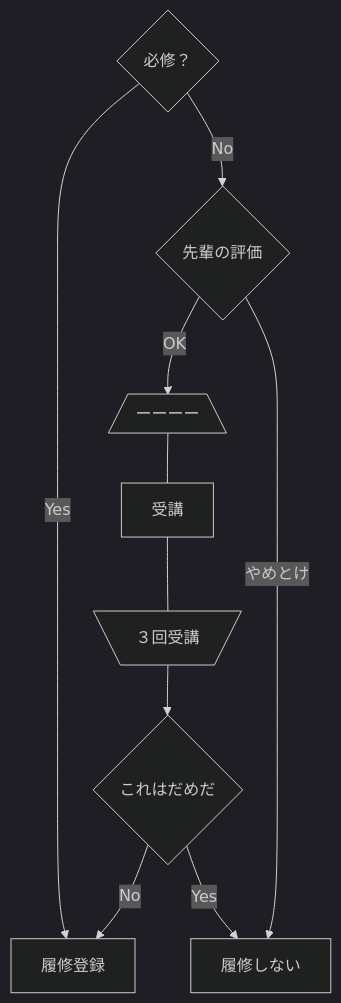
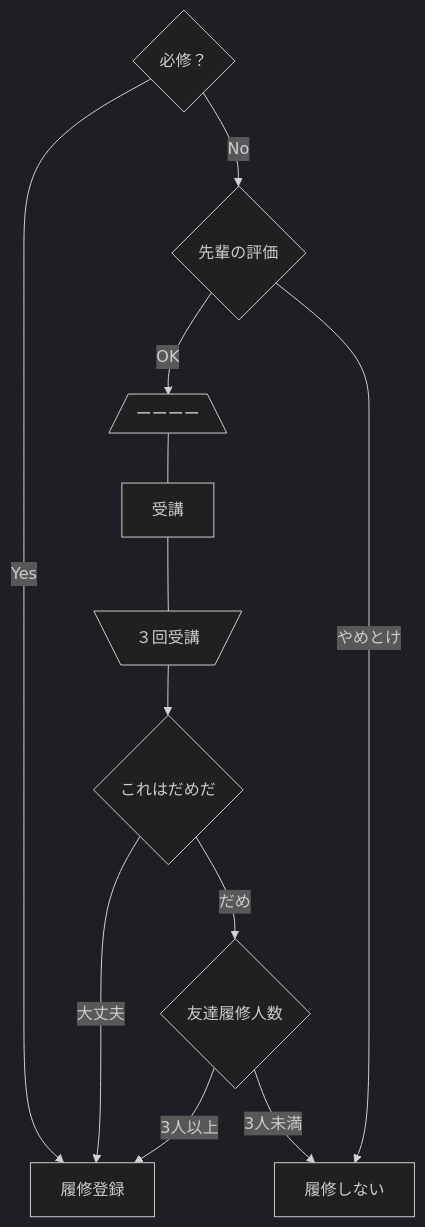
Before and after one commit to ShouyaKamoshita/mermaid-test: the diagram in README.md, drawn with Mermaid (dark theme).

````diff
--- a/README.md
+++ b/README.md
@@ -1,18 +1,21 @@
 ```mermaid
 flowchart TD
 hisshu{"必修？"}
 senpai{"先輩の評価"}
 loop[/"ーーーー"\]
 loopend[\"３回受講"/]
 dameda{"これはだめだ"}
 ukeru["受講"]
+tomodati{"友達履修人数"}
 rishu["履修登録"]
 pass["履修しない"]
 
 hisshu -->|Yes| rishu
+
 hisshu -->|No| senpai -->|OK| loop --- ukeru 
---- loopend --> dameda -->|Yes| pass
+--- loopend --> dameda -->|大丈夫| rishu
+dameda -->|だめ| tomodati -->|3人以上| rishu
 senpai -->|やめとけ| pass
-dameda -->|No| rishu
+tomodati -->|3人未満| pass
 
 ```
````
